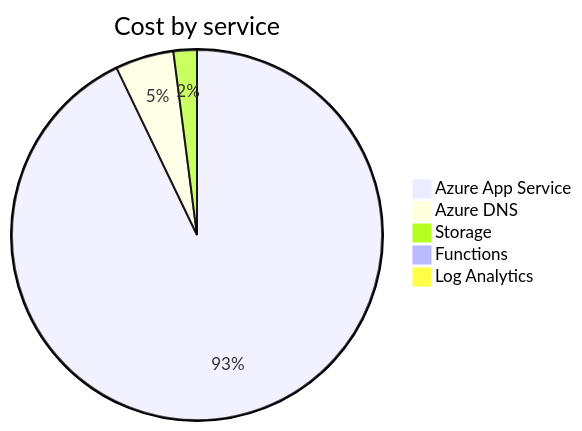
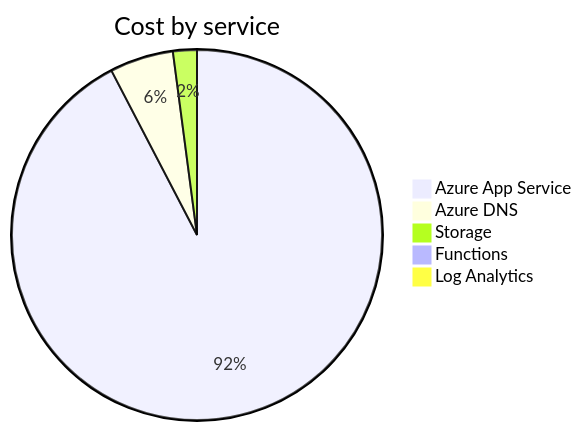
One commit to jpfulton/azure-personal-reports changed the second of 4 diagrams in cost-reports/accumulated-cost.md. Above: the diagram before and after it, drawn with Mermaid. The commit also changed other lines of this file and 4 other files, not shown here.

````diff
--- a/cost-reports/accumulated-cost.md
+++ b/cost-reports/accumulated-cost.md
@@ -97,9 +97,9 @@
 ```mermaid
 pie
    title Cost by service
-   "Azure App Service" : 0.91
-   "Azure DNS" : 0.05
-   "Storage" : 0.02
+   "Azure App Service" : 1.33
+   "Azure DNS" : 0.08
+   "Storage" : 0.03
    "Functions" : 0.00
    "Log Analytics" : 0.00
 ```
````
